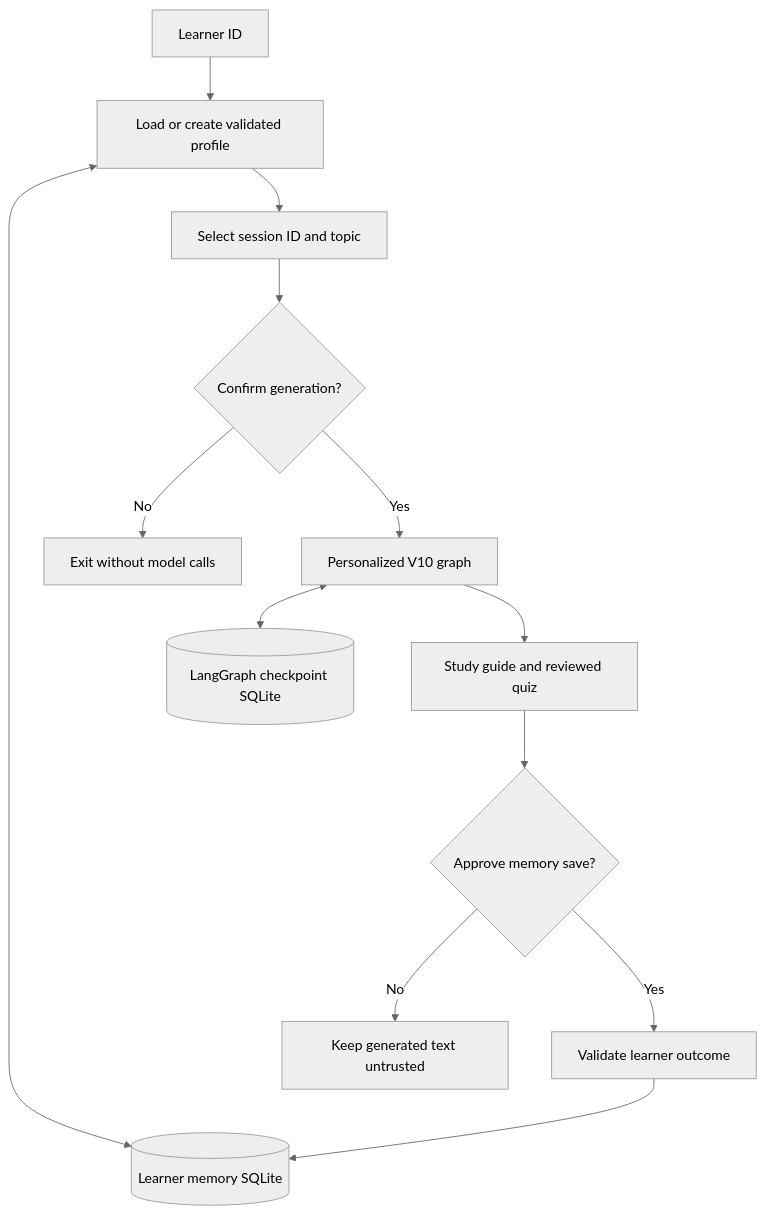
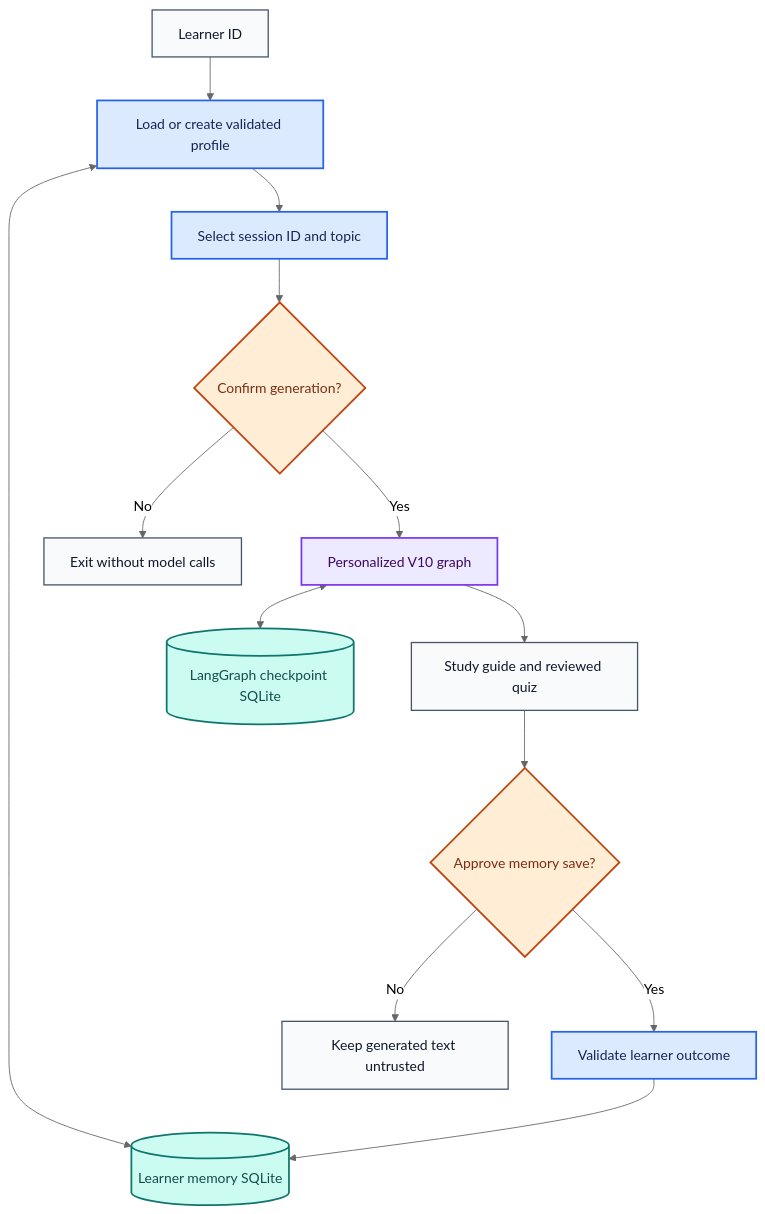
One commit to anne500/multi-agent-study-guide changed diagram 13 of 20 in docs/ARCHITECTURE.md. Above: the diagram before and after it, drawn with Mermaid (neutral theme). The commit also changed other lines of this file and 7 other files, not shown here.

Commit message:
Add visual learning map and color-coded architecture documentation

````diff
--- a/docs/ARCHITECTURE.md
+++ b/docs/ARCHITECTURE.md
@@ -229,15 +314,25 @@
 ```mermaid
 flowchart TD
     A[Learner ID] --> B[Load or create validated profile]
     B <--> C[(Learner memory SQLite)]
     B --> D[Select session ID and topic]
     D --> E{Confirm generation?}
     E -->|No| F[Exit without model calls]
     E -->|Yes| G[Personalized V10 graph]
     G <--> H[(LangGraph checkpoint SQLite)]
     G --> I[Study guide and reviewed quiz]
     I --> J{Approve memory save?}
     J -->|No| K[Keep generated text untrusted]
     J -->|Yes| L[Validate learner outcome]
     L --> C
+
+    classDef default fill:#F8FAFC,stroke:#475569,color:#0F172A,stroke-width:1.5px;
+    classDef logic fill:#DBEAFE,stroke:#2563EB,color:#172554,stroke-width:2px;
+    class B,D,L logic;
+    classDef human fill:#FFEDD5,stroke:#C2410C,color:#7C2D12,stroke-width:2px;
+    class E,J human;
+    classDef model fill:#EDE9FE,stroke:#7C3AED,color:#3B0764,stroke-width:2px;
+    class G model;
+    classDef store fill:#CCFBF1,stroke:#0F766E,color:#134E4A,stroke-width:2px;
+    class C,H store;
 ```
````
